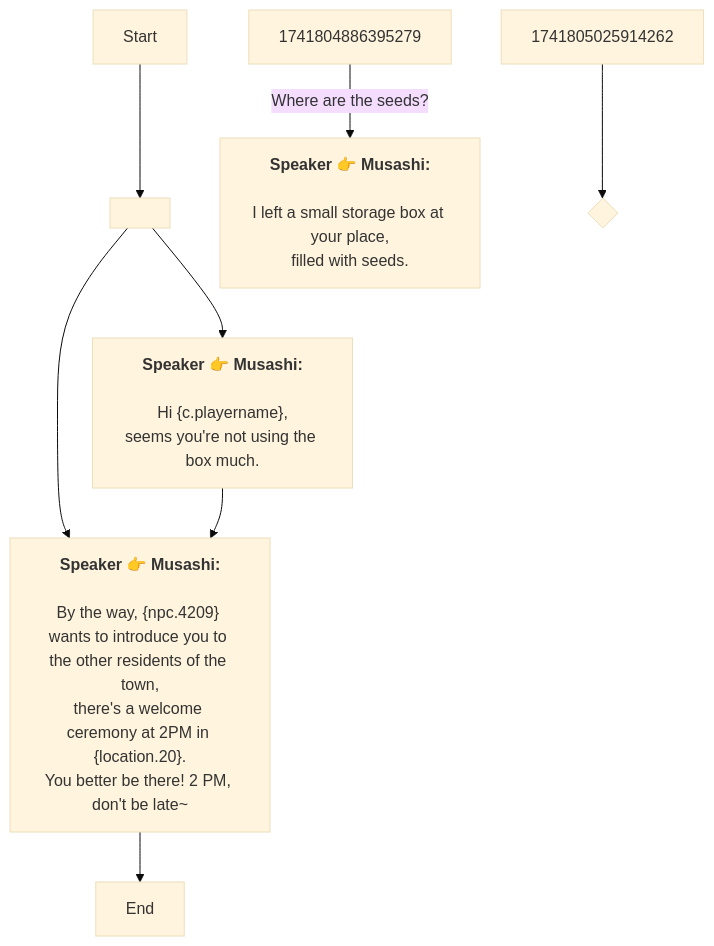
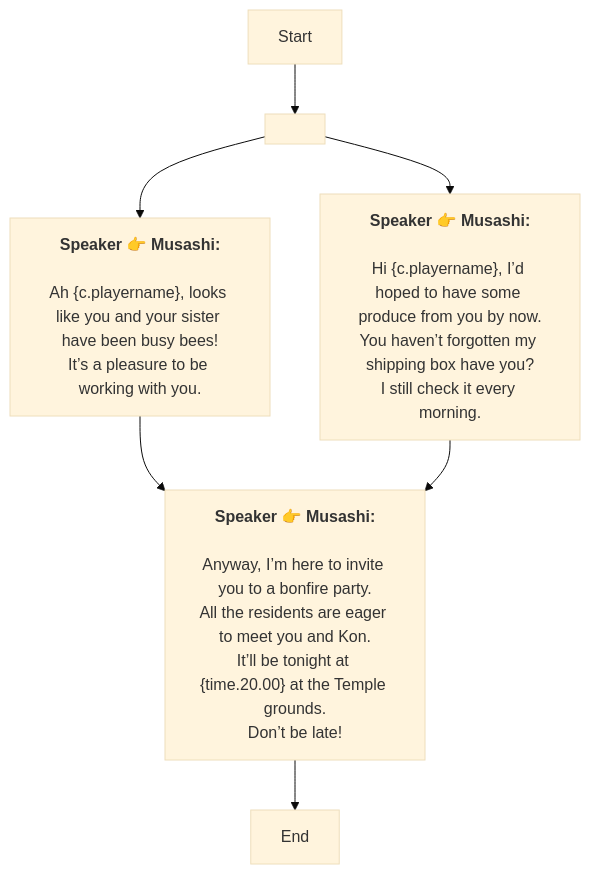
One commit to SoftHu/tos_avg changed the diagram in En/QuestStartTalkENode_1741804807948684.md. Above: the diagram before and after it, drawn with Mermaid (base theme). The commit also changed 780 other files, not shown here.

````diff
--- a/En/QuestStartTalkENode_1741804807948684.md
+++ b/En/QuestStartTalkENode_1741804807948684.md
@@ -1,19 +1,21 @@
 ```mermaid
 graph
 Start -->1762595293475517[ ]
-1762595293475517 -->1763771107802819[<b>Speaker 👉 Musashi:</b>
-\nHi &lbrace;c.playername&rbrace;,
-seems you're not using the box much.]
-1762595293475517 -->1741805123273116[<b>Speaker 👉 Musashi:</b>
-\nBy the way, &lbrace;npc.4209&rbrace; wants to introduce you to the other residents of the town,
-there's a welcome ceremony at 2PM in &lbrace;location.20&rbrace;.\nYou better be there! 2 PM, don't be late~]
-1763771107802819 -->1741805123273116[<b>Speaker 👉 Musashi:</b>
-\nBy the way, &lbrace;npc.4209&rbrace; wants to introduce you to the other residents of the town,
-there's a welcome ceremony at 2PM in &lbrace;location.20&rbrace;.\nYou better be there! 2 PM, don't be late~]
-1741805123273116 -->1741805387044261[End]
-1741804886395279 -->|Where are the seeds?|1741804982096277[<b>Speaker 👉 Musashi:</b>
-\nI left a small storage box at your place,
-filled with seeds.]
-1741805025914262 -->1741805099132311{ }
+1762595293475517 -->1776760274179495[<b>Speaker 👉 Musashi:</b>
+\nHi &lbrace;c.playername&rbrace;, I’d hoped to have some produce from you by now.
+You haven’t forgotten my shipping box have you?
+I still check it every morning.]
+1762595293475517 -->1776760253569445[<b>Speaker 👉 Musashi:</b>
+\nAh &lbrace;c.playername&rbrace;, looks like you and your sister have been busy bees!
+It’s a pleasure to be working with you.]
+1776760253569445 -->1776760302176682[<b>Speaker 👉 Musashi:</b>
+\nAnyway, I’m here to invite you to a bonfire party.
+All the residents are eager to meet you and Kon.
+It’ll be tonight at &lbrace;time.20.00&rbrace; at the Temple grounds.\nDon’t be late!]
+1776760302176682 -->1741805387044261[End]
+1776760274179495 -->1776760302176682[<b>Speaker 👉 Musashi:</b>
+\nAnyway, I’m here to invite you to a bonfire party.
+All the residents are eager to meet you and Kon.
+It’ll be tonight at &lbrace;time.20.00&rbrace; at the Temple grounds.\nDon’t be late!]
 
 ```
````
